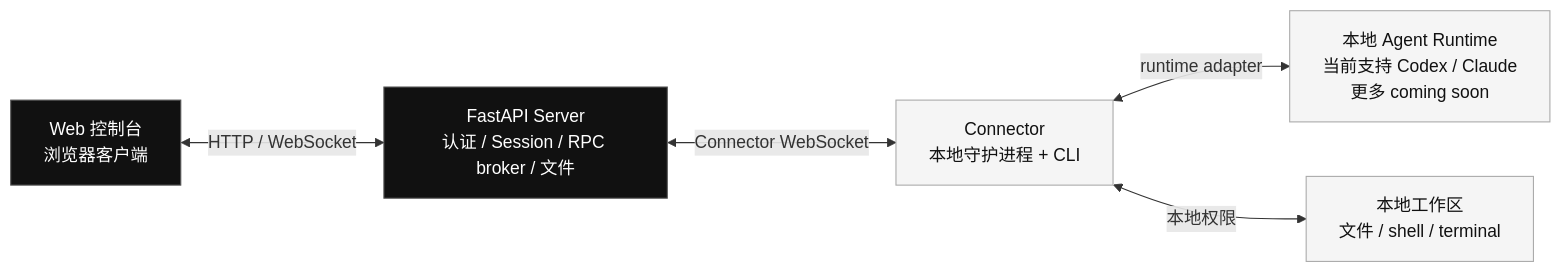
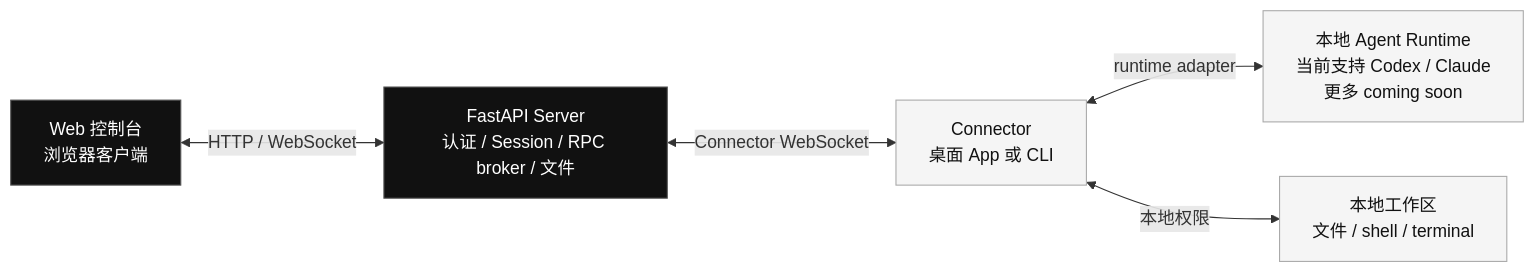
The diagram in README.zh-CN.md (anywhere-labs/Agents-Anywhere), drawn with Mermaid before and after one commit. The commit also changed other lines of this file and 4 other files, not shown here.

````diff
--- a/README.zh-CN.md
+++ b/README.zh-CN.md
@@ -151,18 +153,18 @@
 ```mermaid
 flowchart LR
     Web["Web 控制台<br/>浏览器客户端"]
     Server["FastAPI Server<br/>认证 / Session / RPC broker / 文件"]
-    Connector["Connector<br/>本地守护进程 + CLI"]
+    Connector["Connector<br/>桌面 App 或 CLI"]
     Runtime["本地 Agent Runtime<br/>当前支持 Codex / Claude<br/>更多 coming soon"]
     Workspace["本地工作区<br/>文件 / shell / terminal"]
 
     Web <-->|HTTP / WebSocket| Server
     Server <-->|Connector WebSocket| Connector
     Connector <-->|runtime adapter| Runtime
     Connector <-->|本地权限| Workspace
 
     classDef primary fill:#111,stroke:#555,color:#fff;
     classDef local fill:#f5f5f5,stroke:#aaa,color:#111;
     class Web,Server primary;
     class Connector,Runtime,Workspace local;
 ```
````
